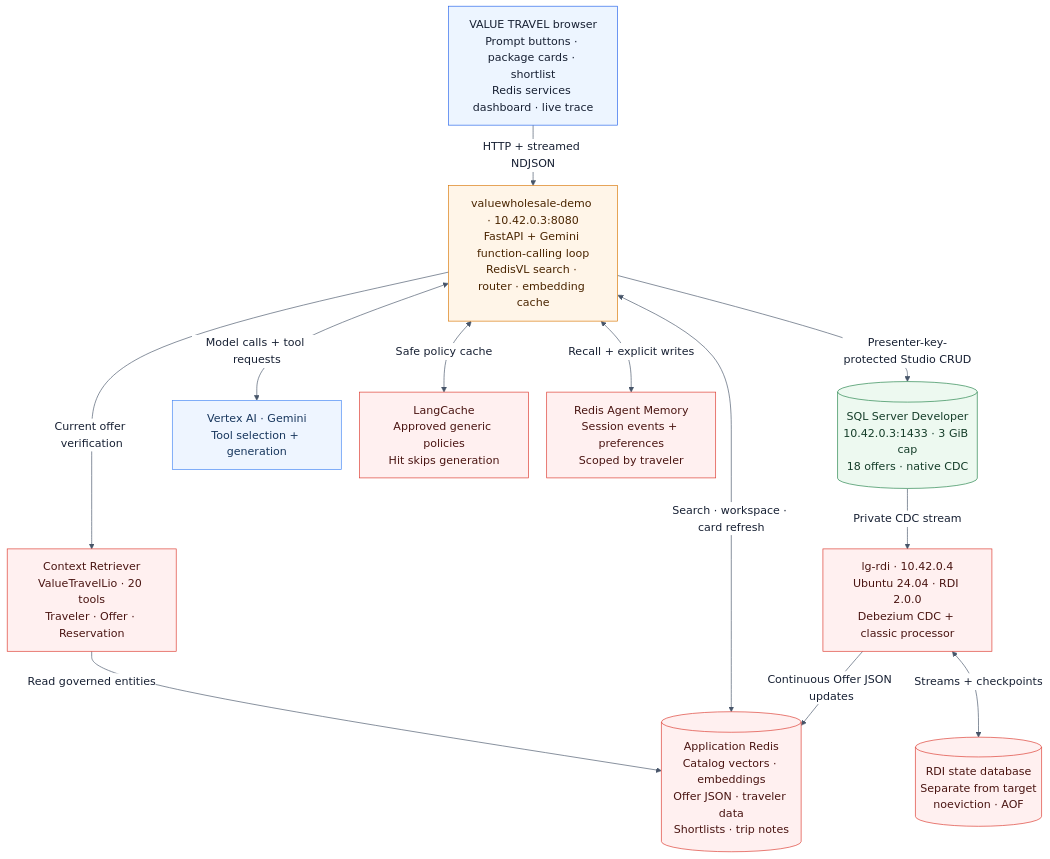
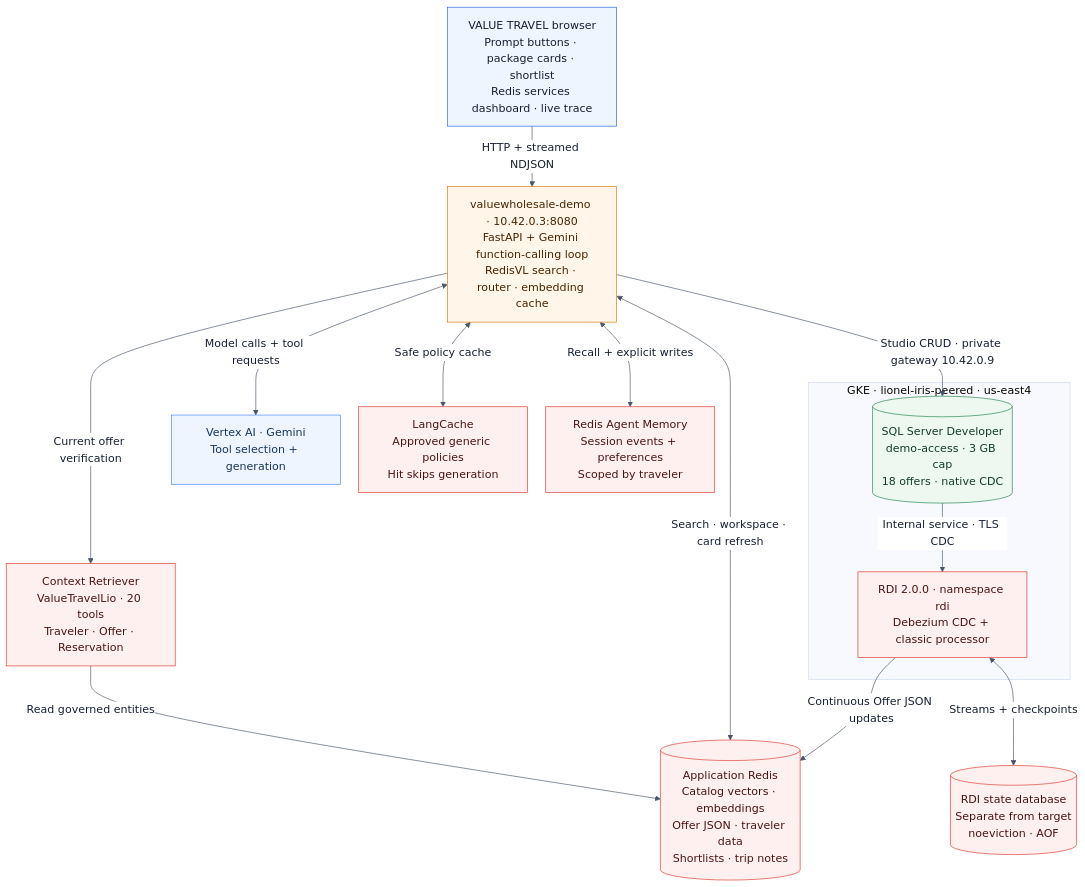
Before and after one commit to kaizer113/RedisTravelAgent: the diagram in docs/architecture.mmd, drawn with Mermaid. The commit also changed 22 other files, not shown here.

Commit message:
Migrate SQL Server and RDI to existing GKE services

```diff
--- a/docs/architecture.mmd
+++ b/docs/architecture.mmd
@@ -1,33 +1,35 @@
 %%{init: {"theme":"base","themeVariables":{"fontFamily":"Arial","fontSize":"17px","primaryTextColor":"#172033","lineColor":"#475569","edgeLabelBackground":"#ffffff"},"flowchart":{"curve":"basis","nodeSpacing":28,"rankSpacing":42}}}%%
 flowchart TB
   ui["VALUE TRAVEL browser<br/>Prompt buttons · package cards · shortlist<br/>Redis services dashboard · live trace"]
     app["valuewholesale-demo · 10.42.0.3:8080<br/>FastAPI + Gemini function-calling loop<br/>RedisVL search · router · embedding cache"]
-    sqlserver[("SQL Server Developer<br/>10.42.0.3:1433 · 3 GiB cap<br/>18 offers · native CDC")]
-    rdi["lg-rdi · 10.42.0.4<br/>Ubuntu 24.04 · RDI 2.0.0<br/>Debezium CDC + classic processor"]
-    sqlserver -->|Private CDC stream| rdi
+  subgraph gke["GKE · lionel-iris-peered · us-east4"]
+    sqlserver[("SQL Server Developer<br/>demo-access · 3 GB cap<br/>18 offers · native CDC")]
+    rdi["RDI 2.0.0 · namespace rdi<br/>Debezium CDC + classic processor"]
+    sqlserver -->|Internal service · TLS CDC| rdi
+  end
   gemini["Vertex AI · Gemini<br/>Tool selection + generation"]
     lc["LangCache<br/>Approved generic policies<br/>Hit skips generation"]
     ram["Redis Agent Memory<br/>Session events + preferences<br/>Scoped by traveler"]
     ctx["Context Retriever<br/>ValueTravelLio · 20 tools<br/>Traveler · Offer · Reservation"]
     db[("Application Redis<br/>Catalog vectors · embeddings<br/>Offer JSON · traveler data<br/>Shortlists · trip notes")]
     state[("RDI state database<br/>Separate from target<br/>noeviction · AOF")]
     ctx -->|Read governed entities| db
   ui -->|HTTP + streamed NDJSON| app
-  app -->|Presenter-key-protected Studio CRUD| sqlserver
+  app -->|Studio CRUD · private gateway 10.42.0.9| sqlserver
   app <-->|Model calls + tool requests| gemini
   app <-->|Safe policy cache| lc
   app <-->|Recall + explicit writes| ram
   app -->|Current offer verification| ctx
   app <-->|Search · workspace · card refresh| db
   rdi -->|Continuous Offer JSON updates| db
   rdi <-->|Streams + checkpoints| state
   classDef client fill:#edf5ff,stroke:#2563eb,color:#172033
   classDef application fill:#fff5e8,stroke:#d97706,color:#4a2500
   classDef redis fill:#fff0f0,stroke:#dc382d,color:#4a1512
   classDef source fill:#edf9f0,stroke:#23834a,color:#153d29
   classDef google fill:#eef5ff,stroke:#4285f4,color:#17365d
   class ui client
   class app application
   class lc,ram,ctx,db,state,rdi redis
   class sqlserver source
   class gemini google
```
